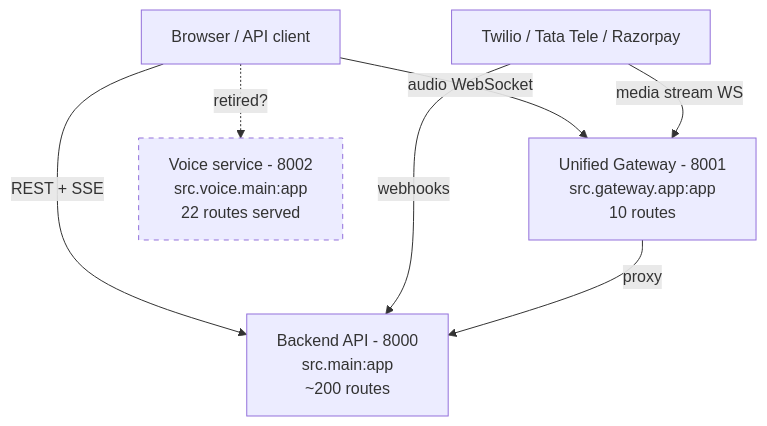
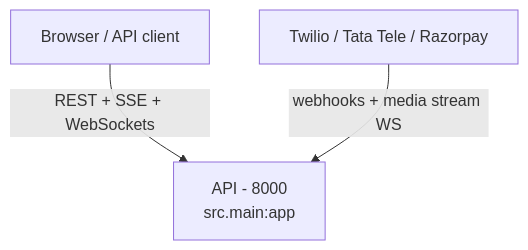
The first of 10 diagrams in docs/current/17-api-reference.md (gondolerahul/hire-buddha-app), drawn with Mermaid before and after one commit. The commit also changed other lines of this file and 61 other files, not shown here.

````diff
--- a/docs/current/17-api-reference.md
+++ b/docs/current/17-api-reference.md
@@ -42,14 +42,8 @@
 ```mermaid
 graph TB
     B["Browser / API client"]
     T["Twilio / Tata Tele / Razorpay"]
 
-    B -->|REST + SSE| BE["Backend API - 8000<br/>src.main:app<br/>~200 routes"]
-    B -->|audio WebSocket| GW["Unified Gateway - 8001<br/>src.gateway.app:app<br/>10 routes"]
-    T -->|webhooks| BE
-    T -->|media stream WS| GW
-    GW -->|proxy| BE
-    B -.->|retired?| VO["Voice service - 8002<br/>src.voice.main:app<br/>22 routes served"]
-
-    style VO stroke-dasharray: 5 5
+    B -->|REST + SSE + WebSockets| BE["API - 8000<br/>src.main:app"]
+    T -->|webhooks + media stream WS| BE
 ```
````
